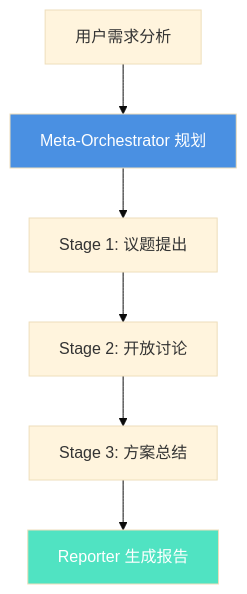
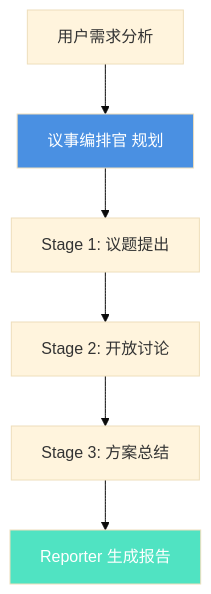
The first of 2 diagrams in docs/meta_orchestrator.md (mzniu/AICouncil), drawn with Mermaid (base theme) before and after one commit. The commit also changed other lines of this file and 21 other files, not shown here.

````diff
--- a/docs/meta_orchestrator.md
+++ b/docs/meta_orchestrator.md
@@ -189,11 +189,11 @@
 ```mermaid
 flowchart TD
-    A[用户需求分析] --> B[Meta-Orchestrator 规划]
+    A[用户需求分析] --> B[议事编排官 规划]
     B --> C[Stage 1: 议题提出]
     C --> D[Stage 2: 开放讨论]
     D --> E[Stage 3: 方案总结]
     E --> F[Reporter 生成报告]
     
     style B fill:#4A90E2,color:#fff
     style F fill:#50E3C2,color:#fff
 ```
````
